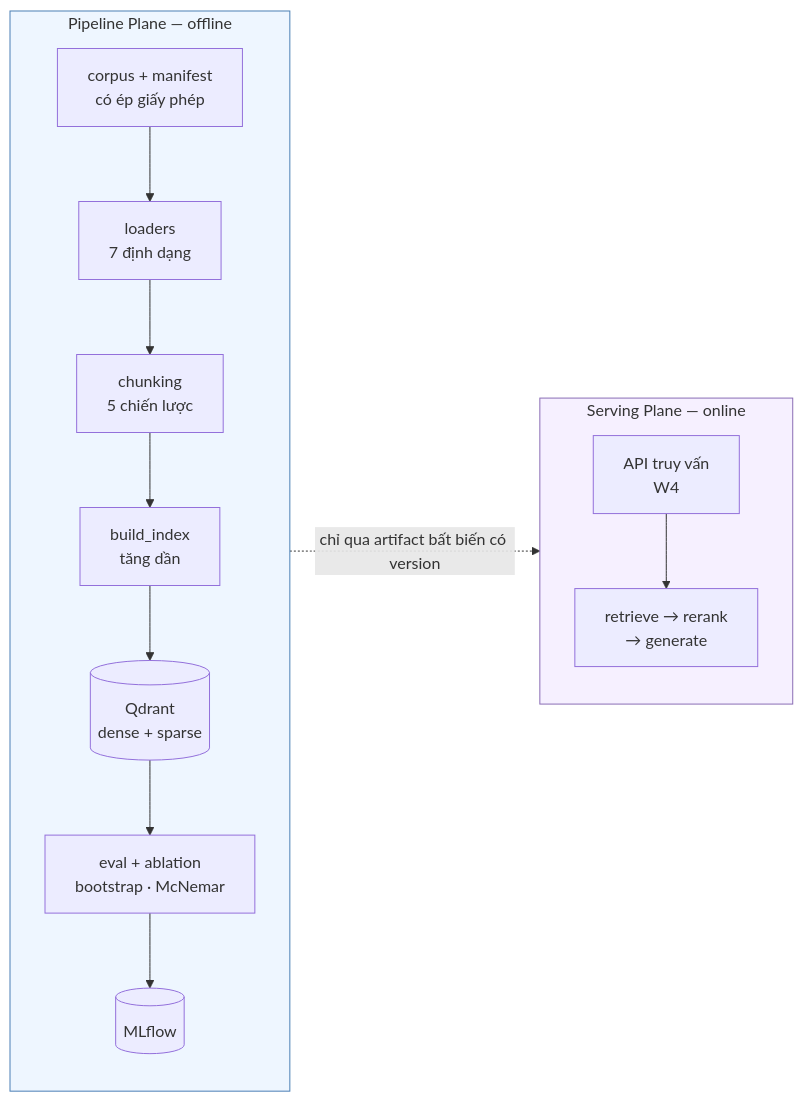
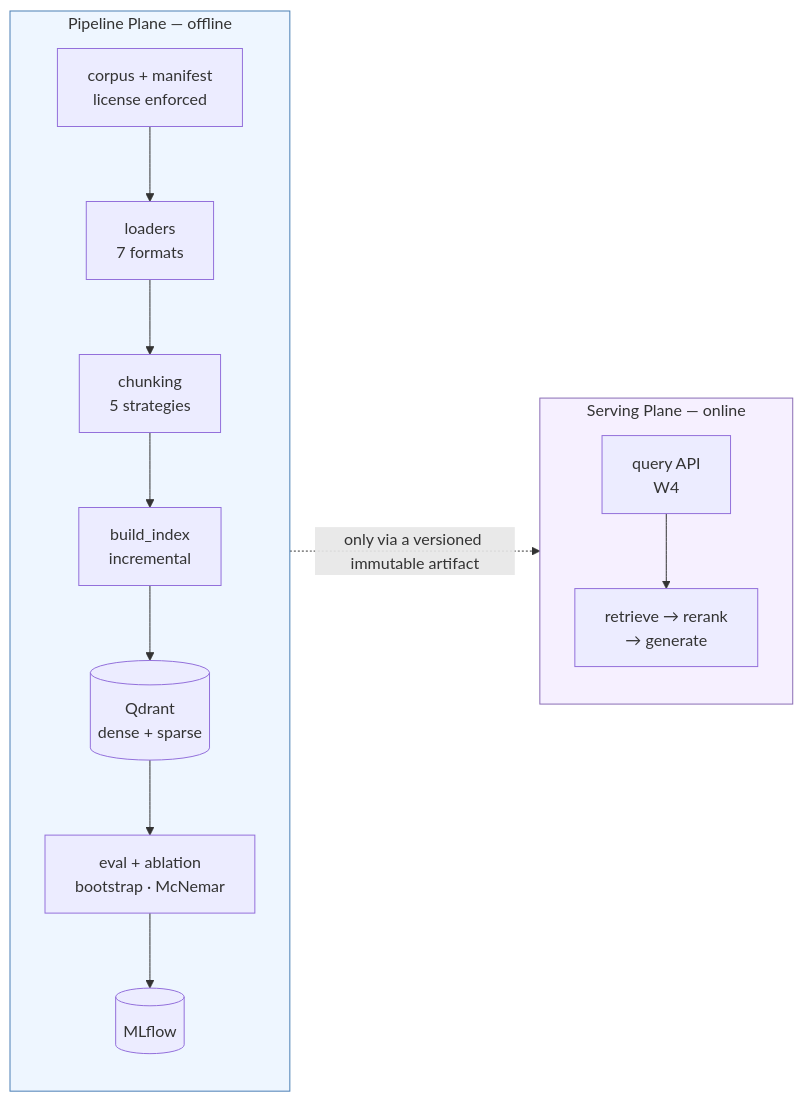
The diagram in README.md (Enigmask22/RAG-Chatbot), drawn with Mermaid before and after one commit. The commit also changed other lines of this file and 1 other file, not shown here.

````diff
--- a/README.md
+++ b/README.md
@@ -91,20 +102,20 @@
 ```mermaid
 flowchart LR
     subgraph P["Pipeline Plane — offline"]
         direction TB
-        C[corpus + manifest<br/>có ép giấy phép] --> L[loaders<br/>7 định dạng]
-        L --> K[chunking<br/>5 chiến lược]
-        K --> I[build_index<br/>tăng dần]
+        C[corpus + manifest<br/>license enforced] --> L[loaders<br/>7 formats]
+        L --> K[chunking<br/>5 strategies]
+        K --> I[build_index<br/>incremental]
         I --> Q[(Qdrant<br/>dense + sparse)]
         Q --> E[eval + ablation<br/>bootstrap · McNemar]
         E --> M[(MLflow)]
     end
     subgraph S["Serving Plane — online"]
         direction TB
-        A[API truy vấn<br/>W4] --> R[retrieve → rerank<br/>→ generate]
+        A[query API<br/>W4] --> R[retrieve → rerank<br/>→ generate]
     end
-    Q -. "chỉ qua artifact bất biến có version" .-> R
+    Q -. "only via a versioned immutable artifact" .-> R
 
     style P fill:#eef6ff,stroke:#4a7fb5
     style S fill:#f6f0ff,stroke:#8a6db5
 ```
````
